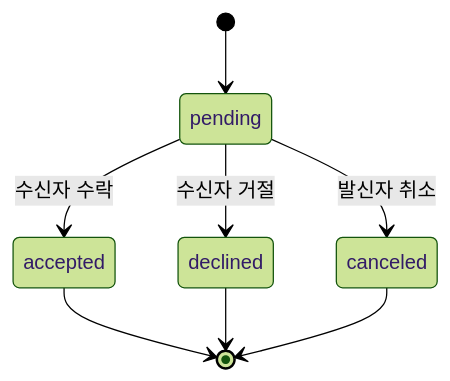
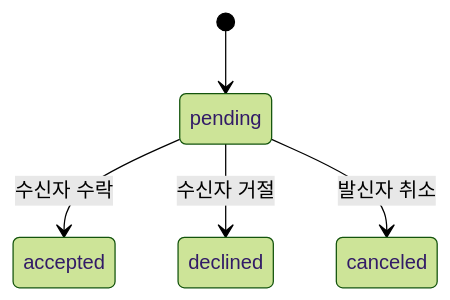
Before and after one commit to hyunhomon/scouty: the second of 2 diagrams in docs/PRD.md, drawn with Mermaid (forest theme). The commit also changed other lines of this file, not shown here.

````diff
--- a/docs/PRD.md
+++ b/docs/PRD.md
@@ -775,10 +422,7 @@
 ```mermaid
 stateDiagram-v2
     [*] --> pending
     pending --> accepted: 수신자 수락
     pending --> declined: 수신자 거절
     pending --> canceled: 발신자 취소
-    accepted --> [*]
-    declined --> [*]
-    canceled --> [*]
 ```
````
